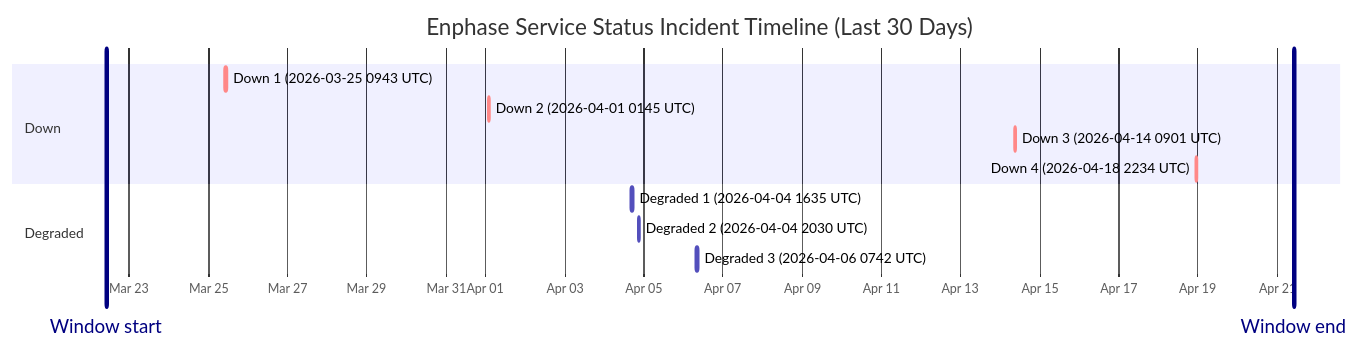
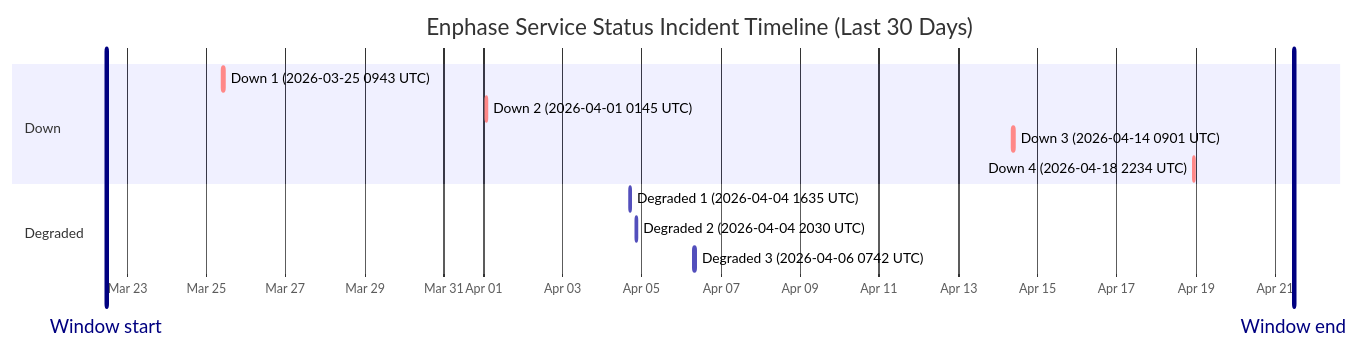
One commit to barneyonline/ha-enphase-ev-charger changed the diagram in wiki/Service-Status-History.md. Above: the diagram before and after it, drawn with Mermaid. The commit also changed other lines of this file and 3 other files, not shown here.

````diff
--- a/wiki/Service-Status-History.md
+++ b/wiki/Service-Status-History.md
@@ -14,17 +14,17 @@
 ```mermaid
 gantt
     title Enphase Service Status Incident Timeline (Last 30 Days)
     dateFormat  YYYY-MM-DDTHH:mm:ss
     axisFormat  %b %d
-    Window start :vert, window-start, 2026-03-22T09:59:12, 0ms
-    Window end :vert, window-end, 2026-04-21T09:59:12, 0ms
+    Window start :vert, window-start, 2026-03-22T11:17:43, 0ms
+    Window end :vert, window-end, 2026-04-21T11:17:43, 0ms
     section Down
     Down 1 (2026-03-25 0943 UTC) :crit, down-1, 2026-03-25T09:43:28, 111m
     Down 2 (2026-04-01 0145 UTC) :crit, down-2, 2026-04-01T01:45:09, 60m
     Down 3 (2026-04-14 0901 UTC) :crit, down-3, 2026-04-14T09:01:13, 60m
     Down 4 (2026-04-18 2234 UTC) :crit, down-4, 2026-04-18T22:34:13, 60m
     section Degraded
     Degraded 1 (2026-04-04 1635 UTC) :active, degraded-1, 2026-04-04T16:35:17, 60m
     Degraded 2 (2026-04-04 2030 UTC) :active, degraded-2, 2026-04-04T20:30:40, 60m
     Degraded 3 (2026-04-06 0742 UTC) :active, degraded-3, 2026-04-06T07:42:09, 85m
 ```
````
